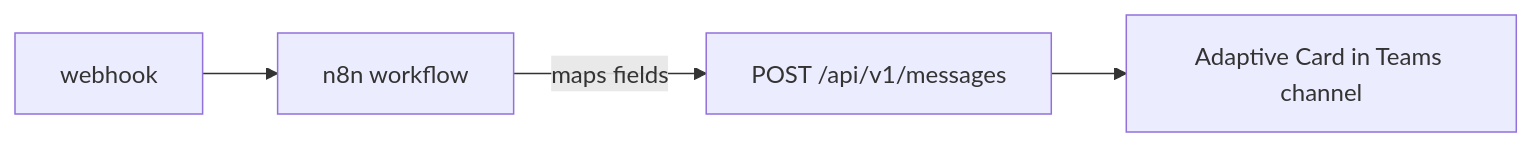
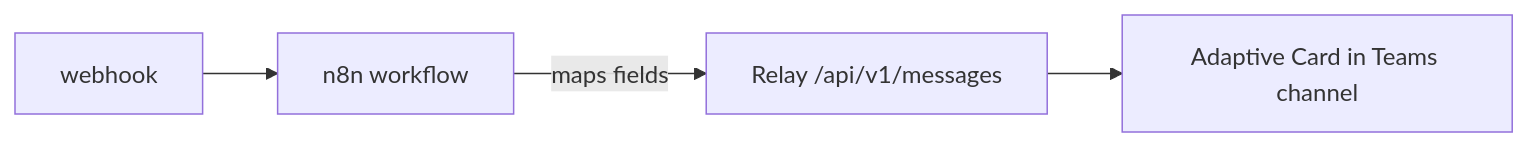
The diagram in docs/webhooks/webhook-templates.md (bcgov/bcdg), drawn with Mermaid before and after one commit. The commit also changed other lines of this file and 3 other files, not shown here.

````diff
--- a/docs/webhooks/webhook-templates.md
+++ b/docs/webhooks/webhook-templates.md
@@ -10,6 +10,6 @@
 ```mermaid
 flowchart LR
   A[webhook] --> B[n8n workflow]
-  B -->|maps fields| C[POST /api/v1/messages]
+  B -->|maps fields| C[Relay /api/v1/messages]
   C --> D[Adaptive Card in Teams channel]
 ```
````
